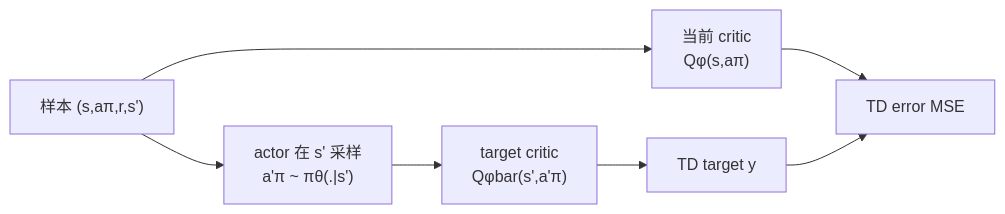
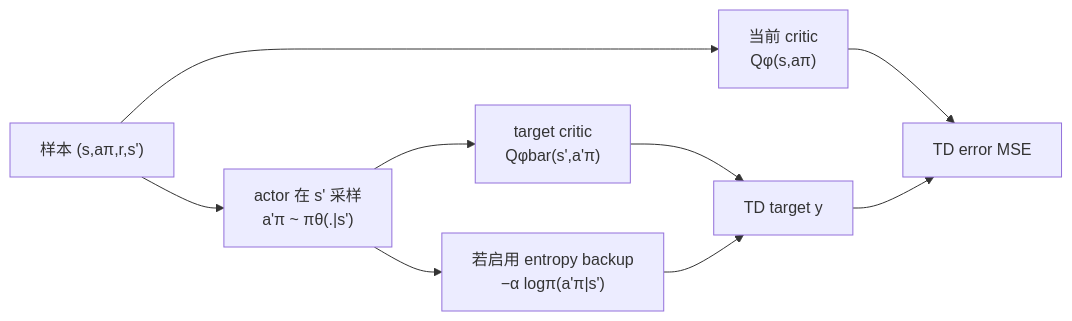
Before and after one commit to SZUEAILab/Q-chunking: the second of 5 diagrams in docs/reference/method.md, drawn with Mermaid. The commit also changed other lines of this file and 6 other files, not shown here.

````diff
--- a/docs/reference/method.md
+++ b/docs/reference/method.md
@@ -134,9 +134,11 @@
 ```mermaid
 flowchart LR
     B["样本 (s,aπ,r,s')"] --> Q["当前 critic<br/>Qφ(s,aπ)"]
     B --> AP["actor 在 s' 采样<br/>a'π ~ πθ(.|s')"]
     AP --> TQ["target critic<br/>Qφbar(s',a'π)"]
+    AP --> H["若启用 entropy backup<br/>−α logπ(a'π|s')"]
     TQ --> Y["TD target y"]
+    H --> Y
     Q --> MSE["TD error MSE"]
     Y --> MSE
 ```
````
